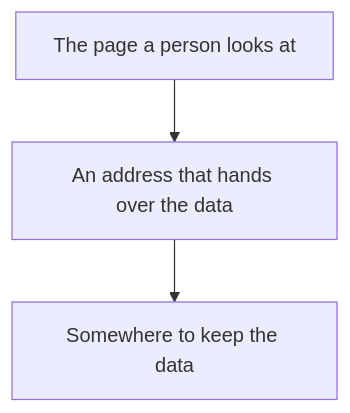
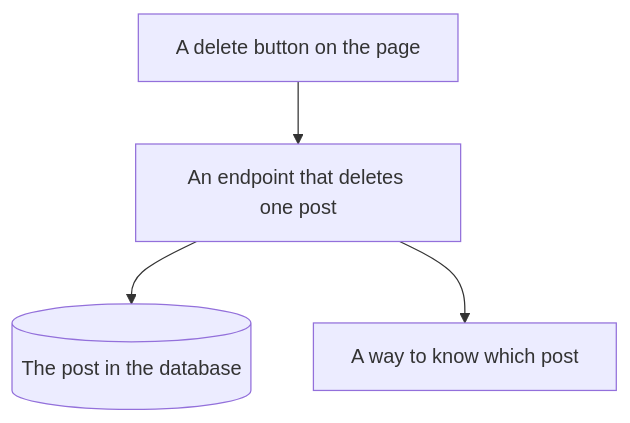
One commit to patdel0/zizzu-store changed the diagram in onboarding/steps/11-decomposition.md. Above: the diagram before and after it, drawn with Mermaid. The commit also changed other lines of this file and 4 other files, not shown here.

````diff
--- a/onboarding/steps/11-decomposition.md
+++ b/onboarding/steps/11-decomposition.md
@@ -66,5 +34,6 @@
 ```mermaid
 flowchart TD
-    P[The page a person looks at] --> A[An address that hands over the data]
-    A --> T[Somewhere to keep the data]
+    B["A delete button on the page"] --> E["An endpoint that deletes one post"]
+    E --> D[("The post in the database")]
+    E --> C["A way to know which post"]
 ```
````
